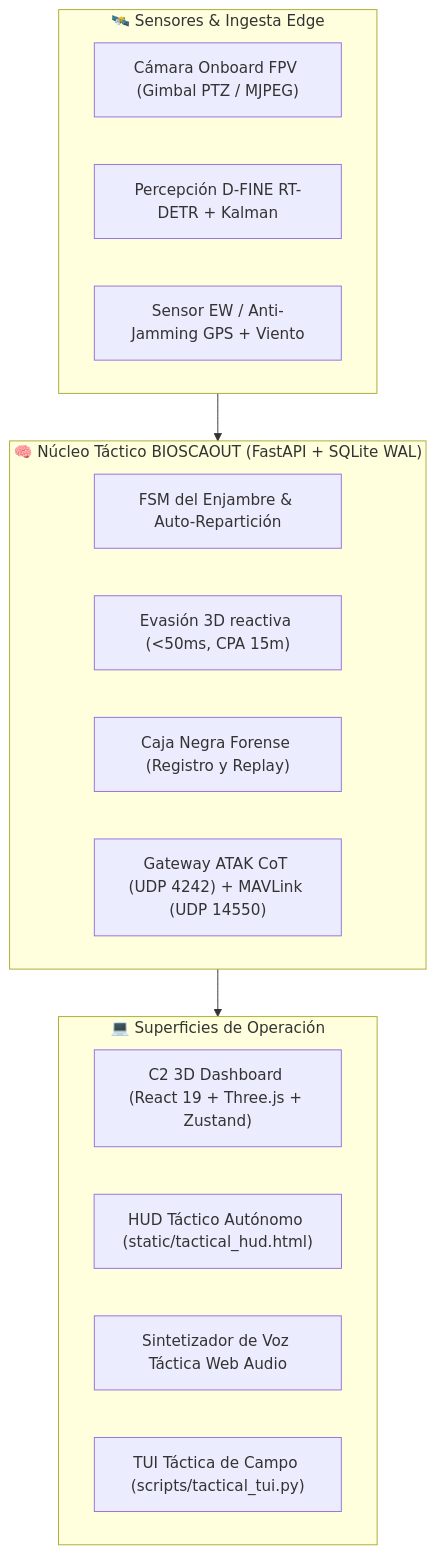
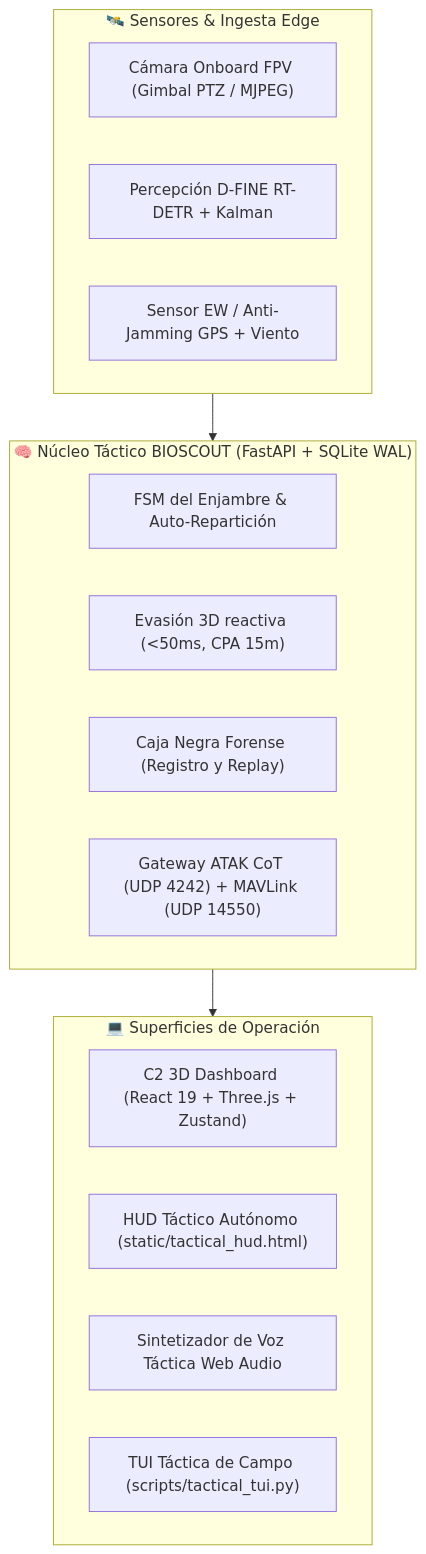
The diagram in README.md (NotMetrx/ARES-Autonomous-Rescue-Emergency-System-), drawn with Mermaid before and after one commit. The commit also changed other lines of this file and 1 other file, not shown here.

Commit message:
fix(docs): corregir nombre a BIOSCOUT (eliminar A redundante) en README y pyproject

````diff
--- a/README.md
+++ b/README.md
@@ -49,25 +49,25 @@
 ```mermaid
 flowchart TD
     subgraph SENSORS ["🛰️ Sensores & Ingesta Edge"]
         CAM["Cámara Onboard FPV (Gimbal PTZ / MJPEG)"]
         AI["Percepción D-FINE RT-DETR + Kalman"]
         EW["Sensor EW / Anti-Jamming GPS + Viento"]
     end
 
-    subgraph CORE ["🧠 Núcleo Táctico BIOSCAOUT (FastAPI + SQLite WAL)"]
+    subgraph CORE ["🧠 Núcleo Táctico BIOSCOUT (FastAPI + SQLite WAL)"]
         FSM["FSM del Enjambre & Auto-Repartición"]
         EVASION["Evasión 3D reactiva (&lt;50ms, CPA 15m)"]
         REC["Caja Negra Forense (Registro y Replay)"]
         GATEWAYS["Gateway ATAK CoT (UDP 4242) + MAVLink (UDP 14550)"]
     end
 
     subgraph CLIENTS ["💻 Superficies de Operación"]
         REACT["C2 3D Dashboard (React 19 + Three.js + Zustand)"]
         HUD["HUD Táctico Autónomo (static/tactical_hud.html)"]
         VOICE["Sintetizador de Voz Táctica Web Audio"]
         TUI["TUI Táctica de Campo (scripts/tactical_tui.py)"]
     end
 
     SENSORS --> CORE
     CORE --> CLIENTS
 ```
````
